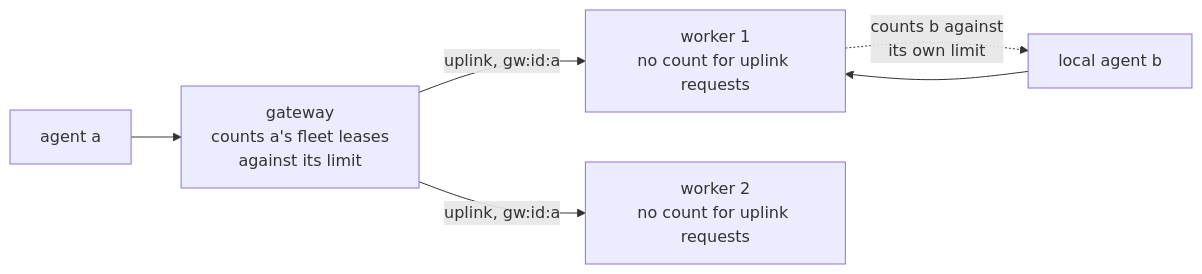
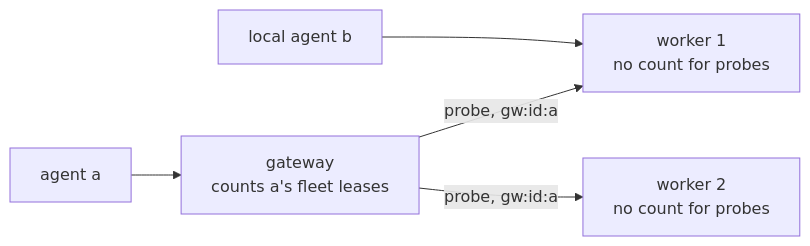
One commit to callstackincubator/simlock changed the diagram in docs/internal/adr/0023-a-requester-may-hold-up-to-a-configured-number-of-leases.md. Above: the diagram before and after it, drawn with Mermaid. The commit also changed other lines of this file and 2 other files, not shown here.

````diff
--- a/docs/internal/adr/0023-a-requester-may-hold-up-to-a-configured-number-of-leases.md
+++ b/docs/internal/adr/0023-a-requester-may-hold-up-to-a-configured-number-of-leases.md
@@ -51,8 +50,7 @@
 ```mermaid
 flowchart LR
-  A[agent a] --> G[gateway<br/>counts a's fleet leases<br/>against its limit]
-  G -- uplink, gw:id:a --> W1[worker 1<br/>no count for uplink requests]
-  G -- uplink, gw:id:a --> W2[worker 2<br/>no count for uplink requests]
-  L[local agent b] --> W1
-  W1 -. counts b against<br/>its own limit .-> L
+  A[agent a] --> G[gateway<br/>counts a's fleet leases]
+  G -- probe, gw:id:a --> W1[worker 1<br/>no count for probes]
+  G -- probe, gw:id:a --> W2[worker 2<br/>no count for probes]
+  B[local agent b] --> W1
 ```
````
